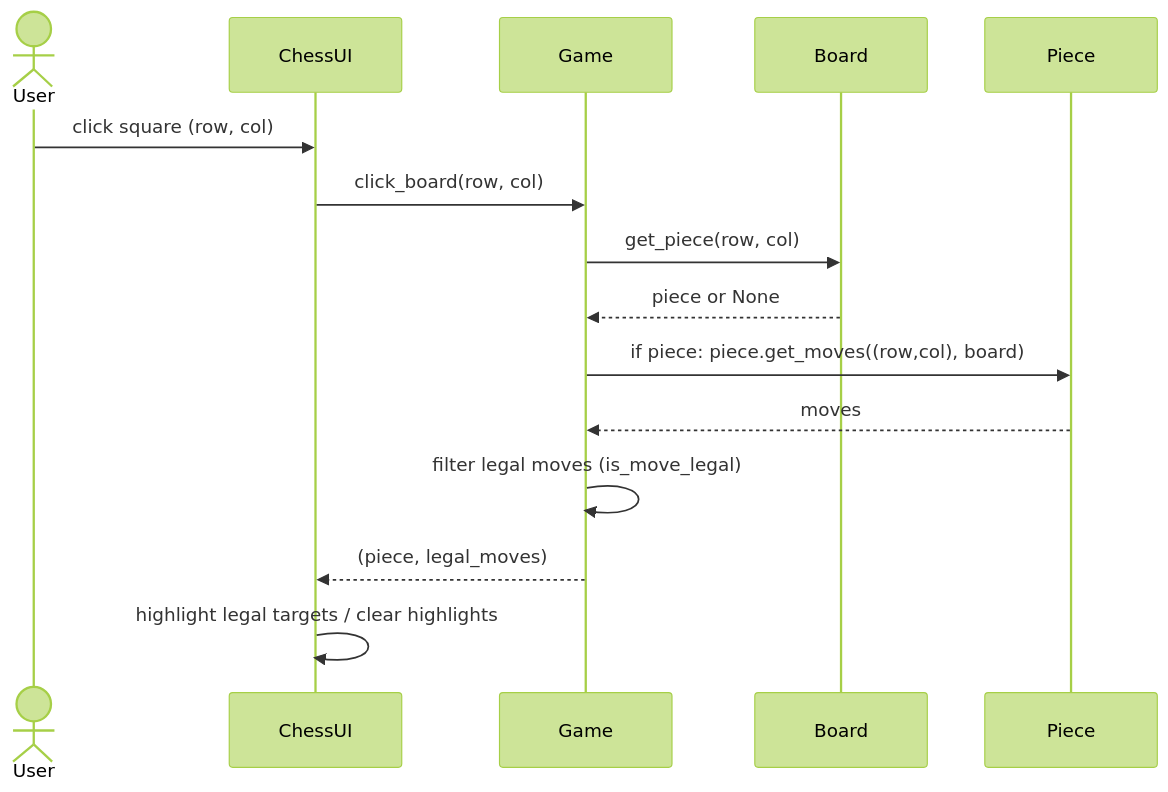
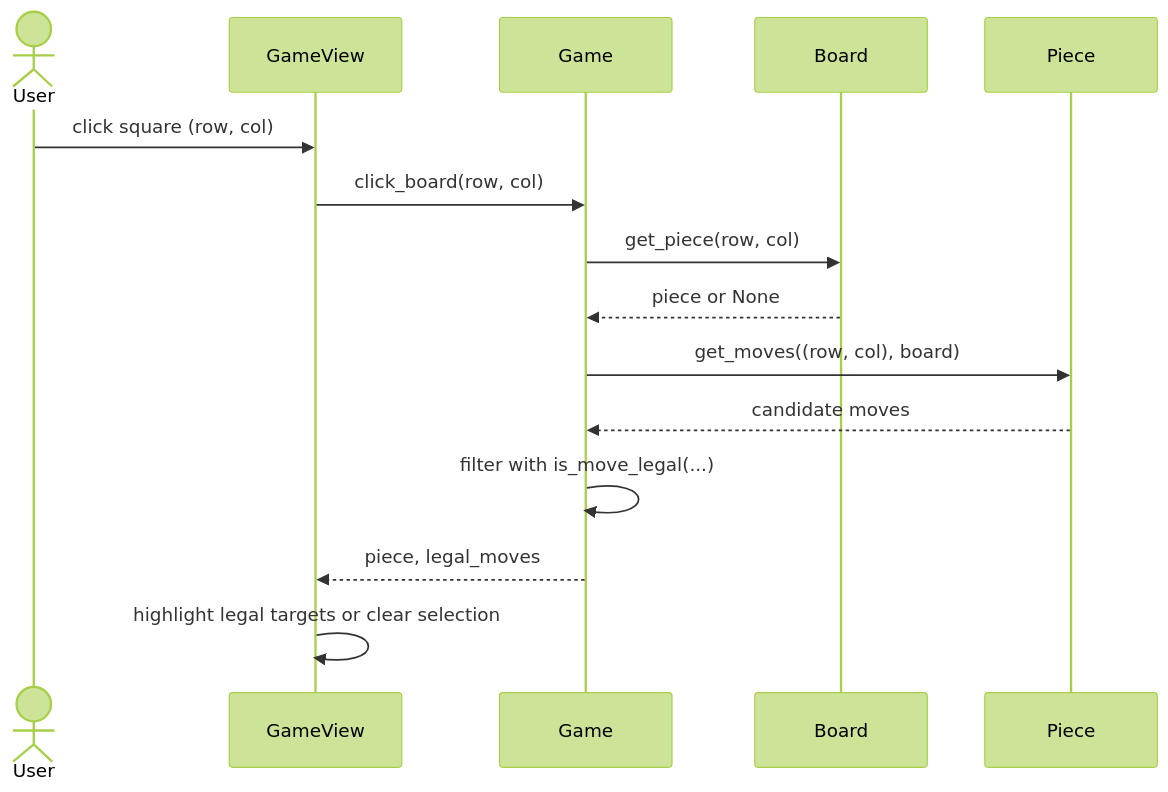
Before and after one commit to aapokoiv/ot-harjoitustyo: the second of 5 diagrams in documentation/architecture.md, drawn with Mermaid (forest theme). The commit also changed other lines of this file and 44 other files, not shown here.

````diff
--- a/documentation/architecture.md
+++ b/documentation/architecture.md
@@ -94,17 +198,17 @@
 ```mermaid
 sequenceDiagram
   actor User
-  participant UI as ChessUI
+  participant View as GameView
   participant Game
   participant Board
   participant Piece
-  User->>UI: click square (row, col)
-  UI->>Game: click_board(row, col)
+  User->>View: click square (row, col)
+  View->>Game: click_board(row, col)
   Game->>Board: get_piece(row, col)
   Board-->>Game: piece or None
-  Game->>Piece: if piece: piece.get_moves((row,col), board)
-  Piece-->>Game: moves
-  Game->>Game: filter legal moves (is_move_legal)
-  Game-->>UI: (piece, legal_moves)
-  UI->>UI: highlight legal targets / clear highlights
+  Game->>Piece: get_moves((row, col), board)
+  Piece-->>Game: candidate moves
+  Game->>Game: filter with is_move_legal(...)
+  Game-->>View: piece, legal_moves
+  View->>View: highlight legal targets or clear selection
 ```
````
